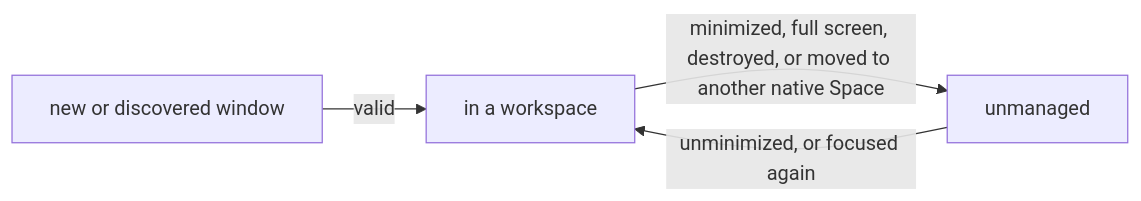
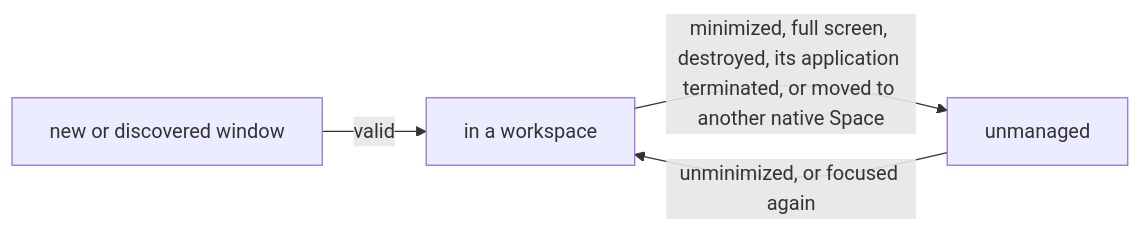
One commit to brennovich/ottowm changed diagram 17 of 19 in ARCHITECTURE.md. Above: the diagram before and after it, drawn with Mermaid. The commit also changed 4 other files, not shown here.

First line of the commit message:
Report the windows of a terminated application destroyed

````diff
--- a/ARCHITECTURE.md
+++ b/ARCHITECTURE.md
@@ -411,6 +411,6 @@
 ```mermaid
 flowchart LR
     new[new or discovered window] -->|valid| managed[in a workspace]
-    managed -->|minimized, full screen, destroyed, or moved to another native Space| unmanaged
+    managed -->|minimized, full screen, destroyed, its application terminated, or moved to another native Space| unmanaged
     unmanaged -->|unminimized, or focused again| managed
 ```
````
